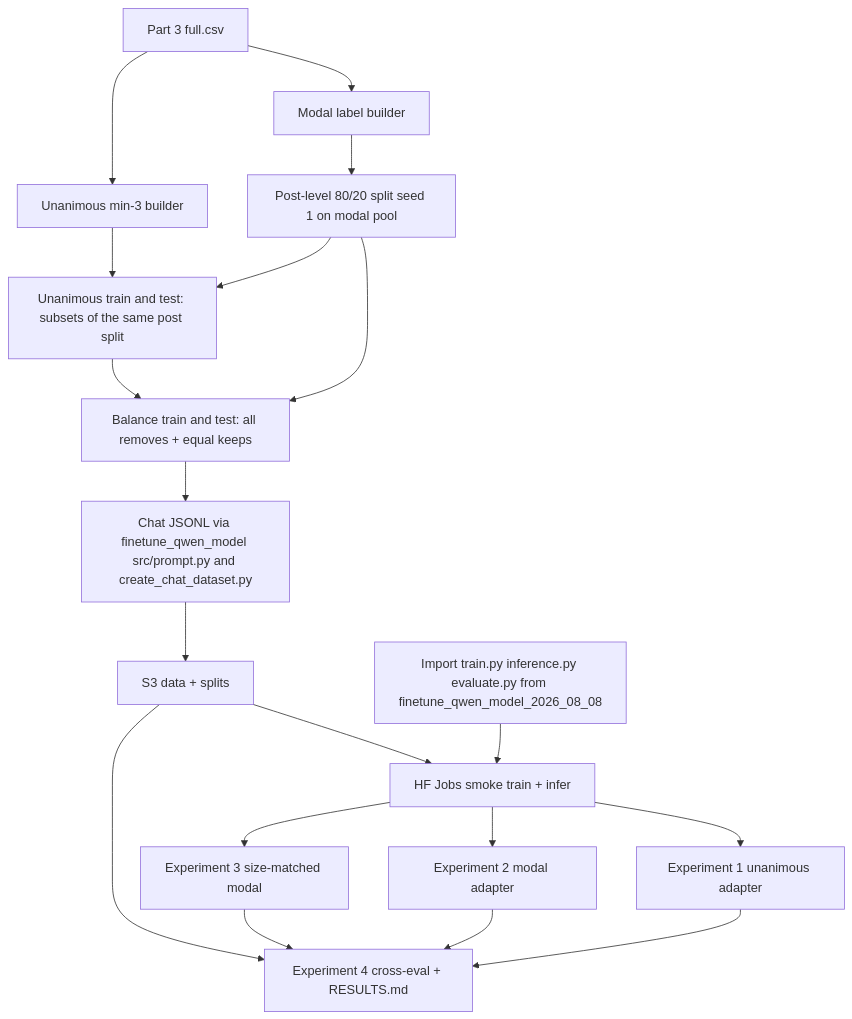
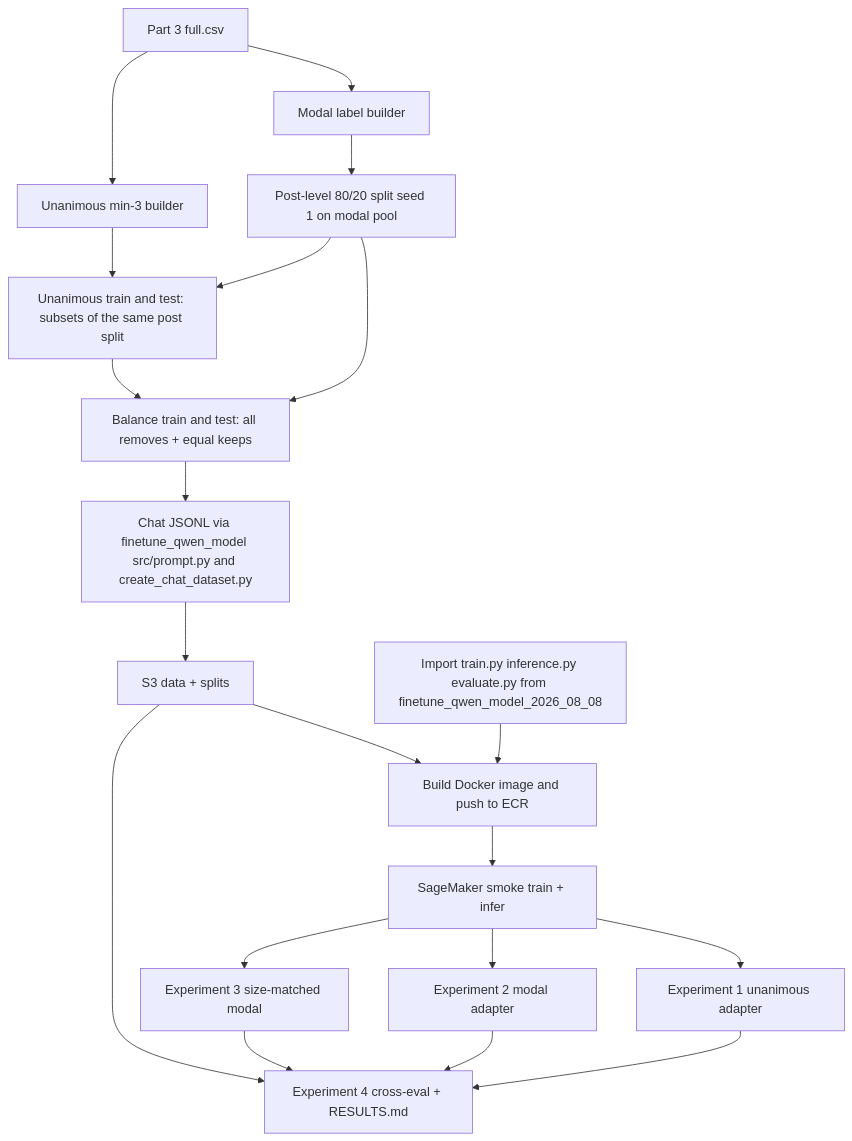
Before and after one commit to METResearchGroup/mirrorView-task: the diagram in docs/plans/2026-09-24_finetune_lora_phase2_part3_c5bcbf/plan.md, drawn with Mermaid. The commit also changed other lines of this file and 7 other files, not shown here.

Commit message:
Switch plan to SageMaker and add step files 1 to 7

````diff
--- a/docs/plans/2026-09-24_finetune_lora_phase2_part3_c5bcbf/plan.md
+++ b/docs/plans/2026-09-24_finetune_lora_phase2_part3_c5bcbf/plan.md
@@ -25,33 +25,35 @@
 ```mermaid
 flowchart TD
   raw[Part 3 full.csv]
   modal[Modal label builder]
   uni[Unanimous min-3 builder]
   posts[Post-level 80/20 split seed 1 on modal pool]
   bal[Balance train and test: all removes + equal keeps]
   chat[Chat JSONL via finetune_qwen_model src/prompt.py and create_chat_dataset.py]
   s3[S3 data + splits]
-  smoke[HF Jobs smoke train + infer]
+  docker[Build Docker image and push to ECR]
+  smoke[SageMaker smoke train + infer]
   e1[Experiment 1 unanimous adapter]
   e2[Experiment 2 modal adapter]
   e3[Experiment 3 size-matched modal]
   e4[Experiment 4 cross-eval + RESULTS.md]
   prior[Import train.py inference.py evaluate.py from finetune_qwen_model_2026_08_08]
   sub[Unanimous train and test: subsets of the same post split]
   raw --> modal --> posts
   raw --> uni
   posts --> bal
   posts --> sub
   uni --> sub
   sub --> bal
   bal --> chat --> s3
-  prior --> smoke
-  s3 --> smoke
+  prior --> docker
+  s3 --> docker
+  docker --> smoke
   smoke --> e1
   smoke --> e2
   smoke --> e3
   s3 --> e4
   e1 --> e4
   e2 --> e4
   e3 --> e4
 ```
````
